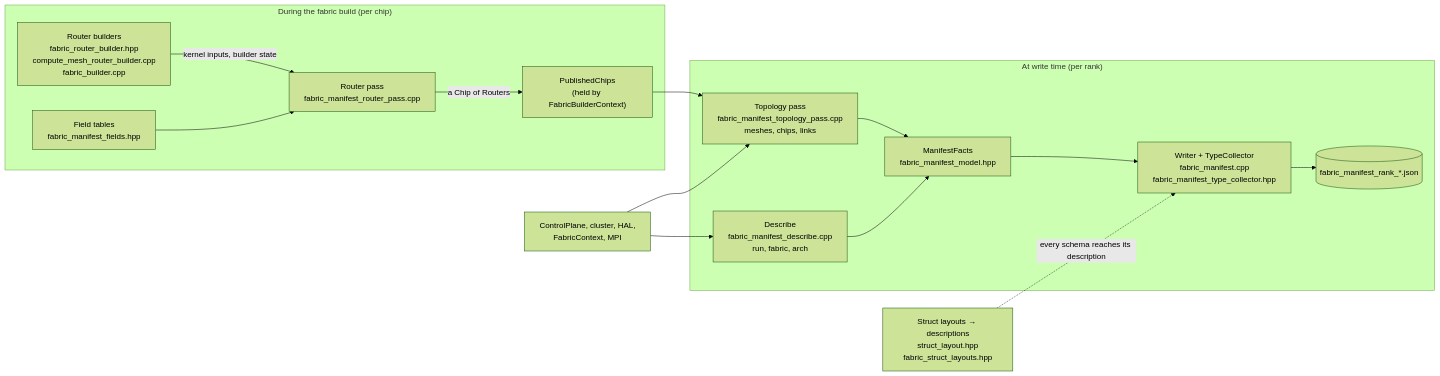
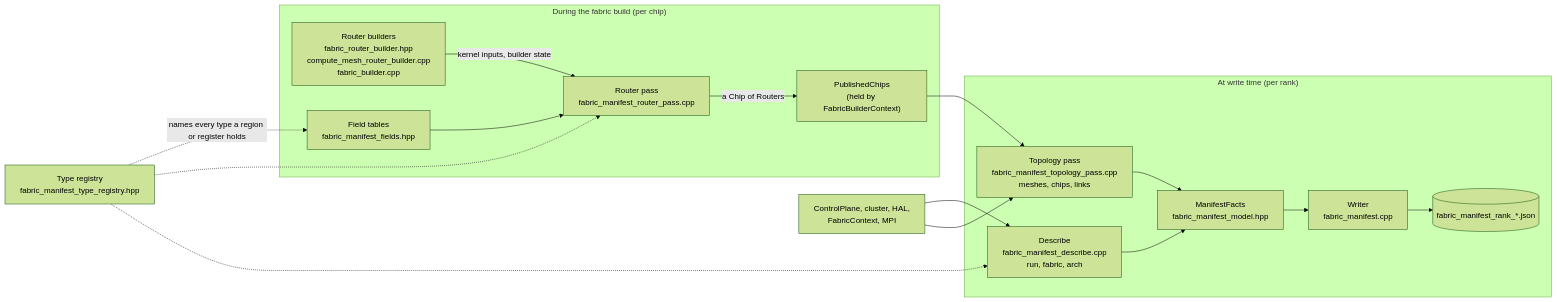
The diagram in tt_metal/fabric/debug/visualizer/manifest/README.md (tenstorrent/tt-metal), drawn with Mermaid (forest theme) before and after one commit. The commit also changed other lines of this file and 6 other files, not shown here.

````diff
--- a/tt_metal/fabric/debug/visualizer/manifest/README.md
+++ b/tt_metal/fabric/debug/visualizer/manifest/README.md
@@ -77,28 +105,32 @@
 ```mermaid
 flowchart LR
+    registry["Type registry<br/>fabric_manifest_type_registry.hpp"]
+
     subgraph build["During the fabric build (per chip)"]
         builders["Router builders<br/>fabric_router_builder.hpp<br/>compute_mesh_router_builder.cpp<br/>fabric_builder.cpp"]
         fields["Field tables<br/>fabric_manifest_fields.hpp"]
         router_pass["Router pass<br/>fabric_manifest_router_pass.cpp"]
         published["PublishedChips<br/>(held by FabricBuilderContext)"]
         builders -- "kernel inputs, builder state" --> router_pass
         fields --> router_pass
         router_pass -- "a Chip of Routers" --> published
     end
 
     subgraph write["At write time (per rank)"]
         describe["Describe<br/>fabric_manifest_describe.cpp<br/>run, fabric, arch"]
         topology["Topology pass<br/>fabric_manifest_topology_pass.cpp<br/>meshes, chips, links"]
         facts["ManifestFacts<br/>fabric_manifest_model.hpp"]
-        writer["Writer + TypeCollector<br/>fabric_manifest.cpp<br/>fabric_manifest_type_collector.hpp"]
+        writer["Writer<br/>fabric_manifest.cpp"]
         json[("fabric_manifest_rank_*.json")]
         describe --> facts
         topology --> facts
         facts --> writer --> json
     end
 
     published --> topology
     sources["ControlPlane, cluster, HAL,<br/>FabricContext, MPI"] --> describe
     sources --> topology
-    layouts["Struct layouts → descriptions<br/>struct_layout.hpp<br/>fabric_struct_layouts.hpp"] -. "every schema reaches its description" .-> writer
+    registry -. "names every type a region or register holds" .-> fields
+    registry -.-> router_pass
+    registry -.-> describe
 ```
````
